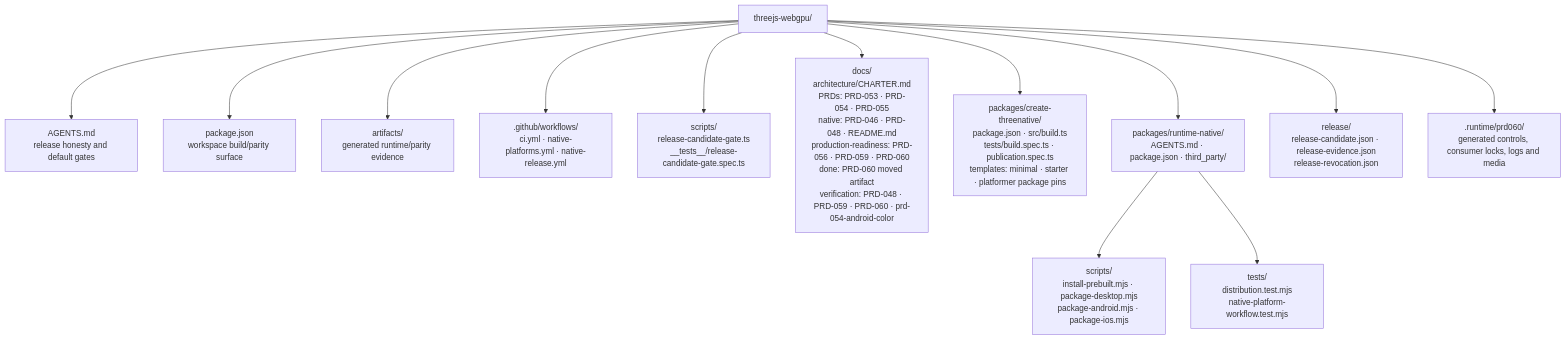
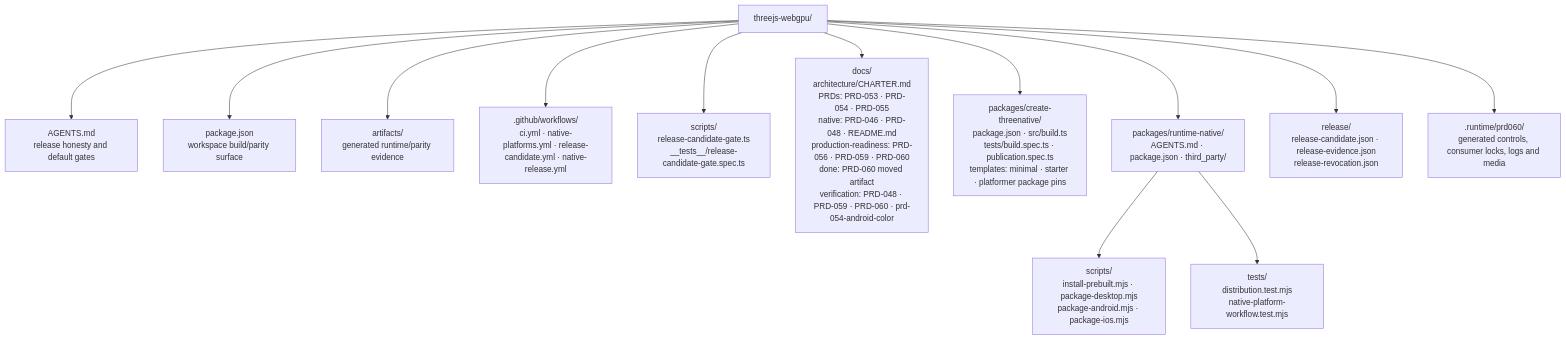
One commit to ThreeNativeHQ/threenative changed the diagram in docs/PRDs/BLOCKED/requires-release-credentials/PRD-060-promoted-consumer-distribution.md. Above: the diagram before and after it, drawn with Mermaid. The commit also changed other lines of this file and 9 other files, not shown here.

````diff
--- a/docs/PRDs/BLOCKED/requires-release-credentials/PRD-060-promoted-consumer-distribution.md
+++ b/docs/PRDs/BLOCKED/requires-release-credentials/PRD-060-promoted-consumer-distribution.md
@@ -174,29 +175,29 @@
 ```mermaid
 flowchart TD
     root["threejs-webgpu/"]
     agents["AGENTS.md<br/>release honesty and default gates"]
     package["package.json<br/>workspace build/parity surface"]
     artifacts["artifacts/<br/>generated runtime/parity evidence"]
-    workflows[".github/workflows/<br/>ci.yml · native-platforms.yml · native-release.yml"]
+    workflows[".github/workflows/<br/>ci.yml · native-platforms.yml · release-candidate.yml · native-release.yml"]
     scripts["scripts/<br/>release-candidate-gate.ts<br/>__tests__/release-candidate-gate.spec.ts"]
     docs["docs/<br/>architecture/CHARTER.md<br/>PRDs: PRD-053 · PRD-054 · PRD-055<br/>native: PRD-046 · PRD-048 · README.md<br/>production-readiness: PRD-056 · PRD-059 · PRD-060<br/>done: PRD-060 moved artifact<br/>verification: PRD-048 · PRD-059 · PRD-060 · prd-054-android-color"]
     create["packages/create-threenative/<br/>package.json · src/build.ts<br/>tests/build.spec.ts · publication.spec.ts<br/>templates: minimal · starter · platformer package pins"]
     runtime["packages/runtime-native/<br/>AGENTS.md · package.json · third_party/"]
     runtimeScripts["scripts/<br/>install-prebuilt.mjs · package-desktop.mjs<br/>package-android.mjs · package-ios.mjs"]
     runtimeTests["tests/<br/>distribution.test.mjs<br/>native-platform-workflow.test.mjs"]
     release["release/<br/>release-candidate.json · release-evidence.json<br/>release-revocation.json"]
     state[".runtime/prd060/<br/>generated controls, consumer locks, logs and media"]
 
     root --> agents
     root --> package
     root --> artifacts
     root --> workflows
     root --> scripts
     root --> docs
     root --> create
     root --> runtime
     root --> release
     root --> state
     runtime --> runtimeScripts
     runtime --> runtimeTests
 ```
````
